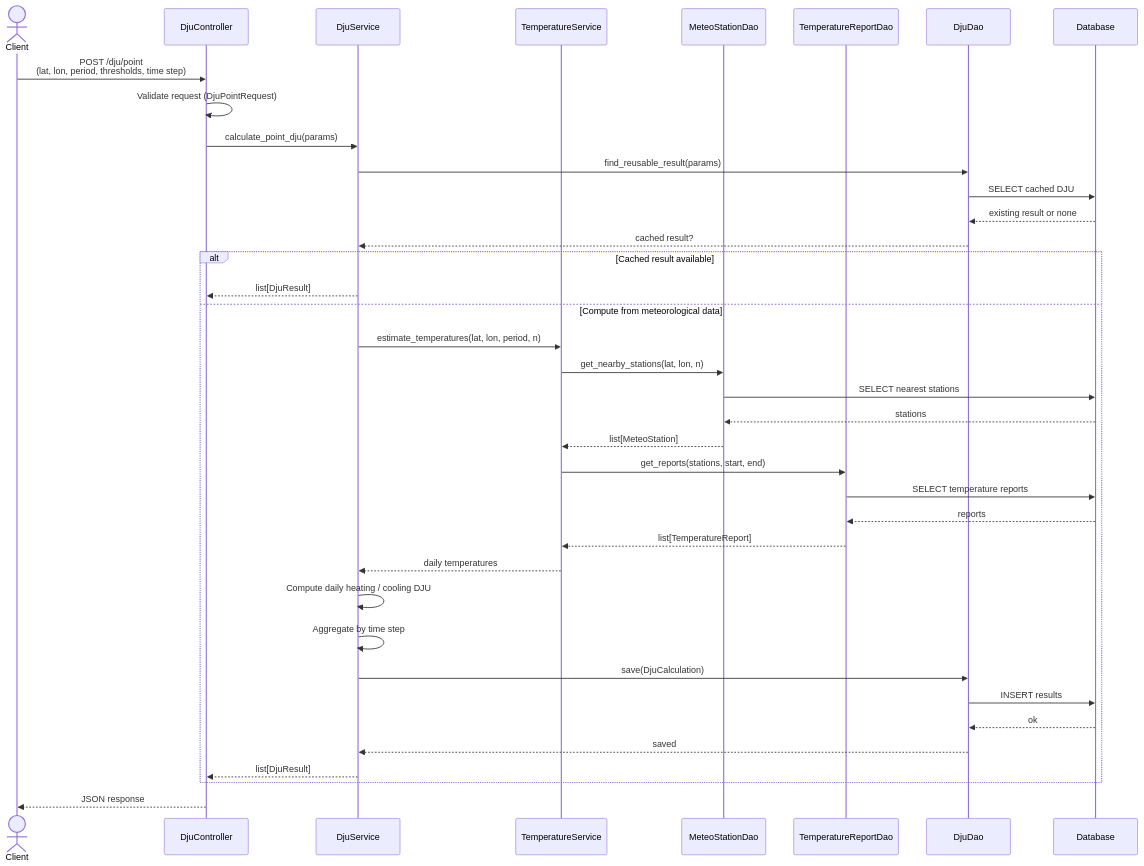
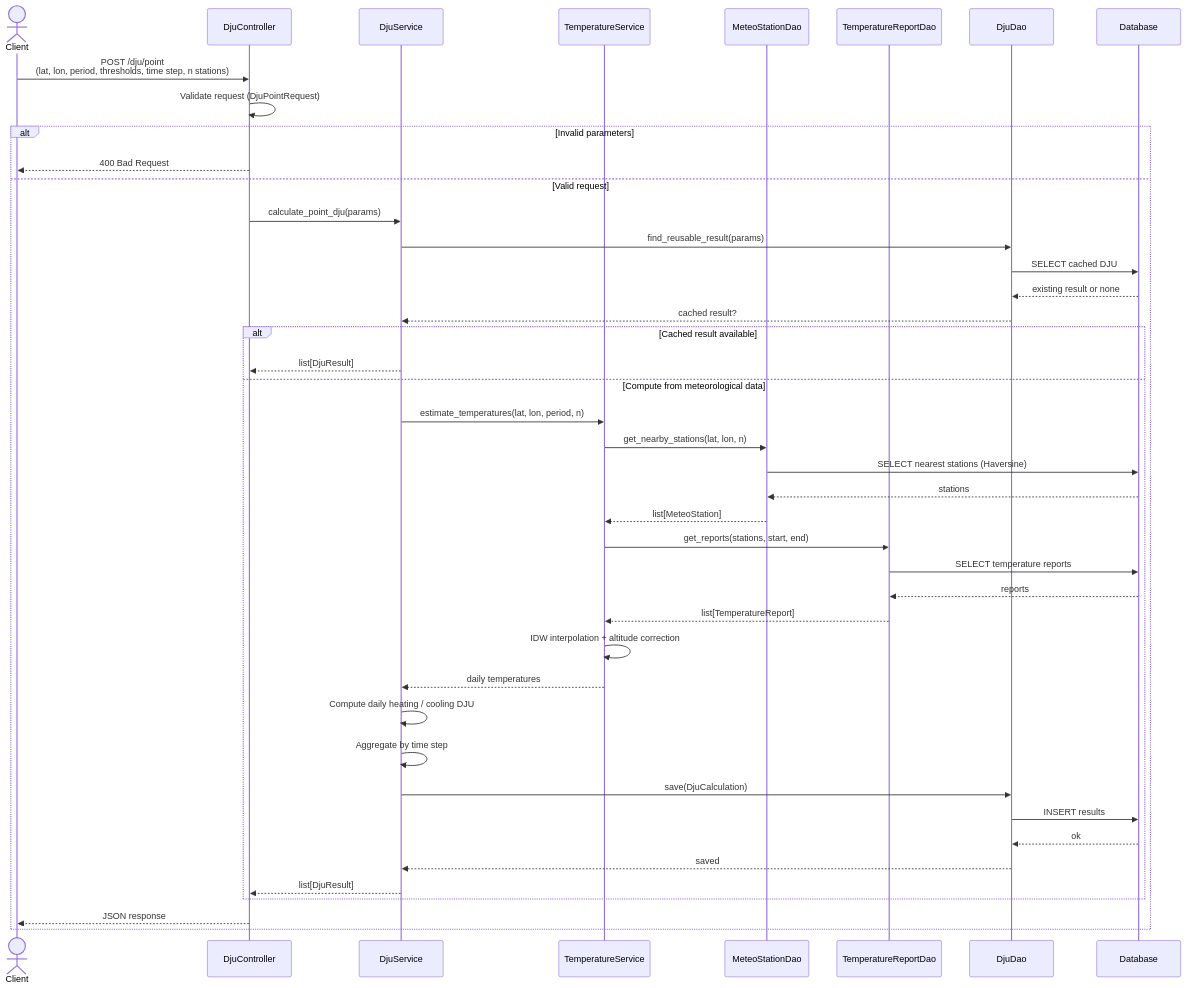
One commit to gabriel-dahan/ensai-it-project-2a-team12 changed the second of 8 diagrams in doc/sequence_diagram.md. Above: the diagram before and after it, drawn with Mermaid. The commit also changed other lines of this file and 3 other files, not shown here.

Commit message:
Added activity diagram / edited sequence diagram

````diff
--- a/doc/sequence_diagram.md
+++ b/doc/sequence_diagram.md
@@ -5,49 +62,55 @@
 ```mermaid
 sequenceDiagram
     actor Client
     participant Controller as DjuController
     participant DjuSvc as DjuService
     participant TempSvc as TemperatureService
     participant StationDao as MeteoStationDao
     participant ReportDao as TemperatureReportDao
     participant DjuDao as DjuDao
     participant DB as Database
 
-    Client->>Controller: POST /dju/point<br/>(lat, lon, period, thresholds, time step)
+    Client->>Controller: POST /dju/point<br/>(lat, lon, period, thresholds, time step, n stations)
     Controller->>Controller: Validate request (DjuPointRequest)
-    Controller->>DjuSvc: calculate_point_dju(params)
 
-    DjuSvc->>DjuDao: find_reusable_result(params)
-    DjuDao->>DB: SELECT cached DJU
-    DB-->>DjuDao: existing result or none
-    DjuDao-->>DjuSvc: cached result?
+    alt Invalid parameters
+        Controller-->>Client: 400 Bad Request
+    else Valid request
+        Controller->>DjuSvc: calculate_point_dju(params)
 
-    alt Cached result available
-        DjuSvc-->>Controller: list[DjuResult]
-    else Compute from meteorological data
-        DjuSvc->>TempSvc: estimate_temperatures(lat, lon, period, n)
-        TempSvc->>StationDao: get_nearby_stations(lat, lon, n)
-        StationDao->>DB: SELECT nearest stations
-        DB-->>StationDao: stations
-        StationDao-->>TempSvc: list[MeteoStation]
+        DjuSvc->>DjuDao: find_reusable_result(params)
+        DjuDao->>DB: SELECT cached DJU
+        DB-->>DjuDao: existing result or none
+        DjuDao-->>DjuSvc: cached result?
 
-        TempSvc->>ReportDao: get_reports(stations, start, end)
-        ReportDao->>DB: SELECT temperature reports
-        DB-->>ReportDao: reports
-        ReportDao-->>TempSvc: list[TemperatureReport]
+        alt Cached result available
+            DjuSvc-->>Controller: list[DjuResult]
+        else Compute from meteorological data
+            DjuSvc->>TempSvc: estimate_temperatures(lat, lon, period, n)
+            TempSvc->>StationDao: get_nearby_stations(lat, lon, n)
+            StationDao->>DB: SELECT nearest stations (Haversine)
+            DB-->>StationDao: stations
+            StationDao-->>TempSvc: list[MeteoStation]
 
-        TempSvc-->>DjuSvc: daily temperatures
+            TempSvc->>ReportDao: get_reports(stations, start, end)
+            ReportDao->>DB: SELECT temperature reports
+            DB-->>ReportDao: reports
+            ReportDao-->>TempSvc: list[TemperatureReport]
 
-        DjuSvc->>DjuSvc: Compute daily heating / cooling DJU
-        DjuSvc->>DjuSvc: Aggregate by time step
+            TempSvc->>TempSvc: IDW interpolation + altitude correction
+            TempSvc-->>DjuSvc: daily temperatures
 
-        DjuSvc->>DjuDao: save(DjuCalculation)
-        DjuDao->>DB: INSERT results
-        DB-->>DjuDao: ok
-        DjuDao-->>DjuSvc: saved
+            DjuSvc->>DjuSvc: Compute daily heating / cooling DJU
+            DjuSvc->>DjuSvc: Aggregate by time step
 
-        DjuSvc-->>Controller: list[DjuResult]
+            DjuSvc->>DjuDao: save(DjuCalculation)
+            DjuDao->>DB: INSERT results
+            DB-->>DjuDao: ok
+            DjuDao-->>DjuSvc: saved
+
+            DjuSvc-->>Controller: list[DjuResult]
+        end
+
+        Controller-->>Client: JSON response
     end
-
-    Controller-->>Client: JSON response
 ```
````
